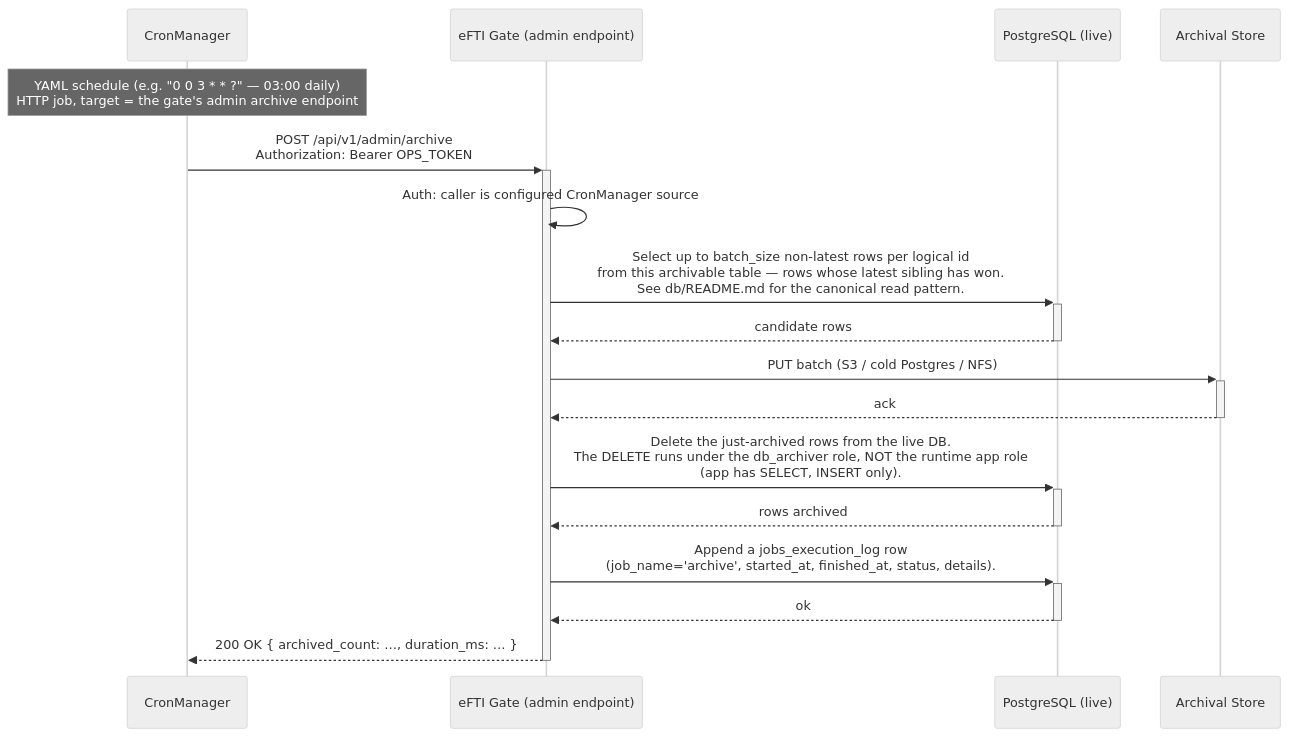
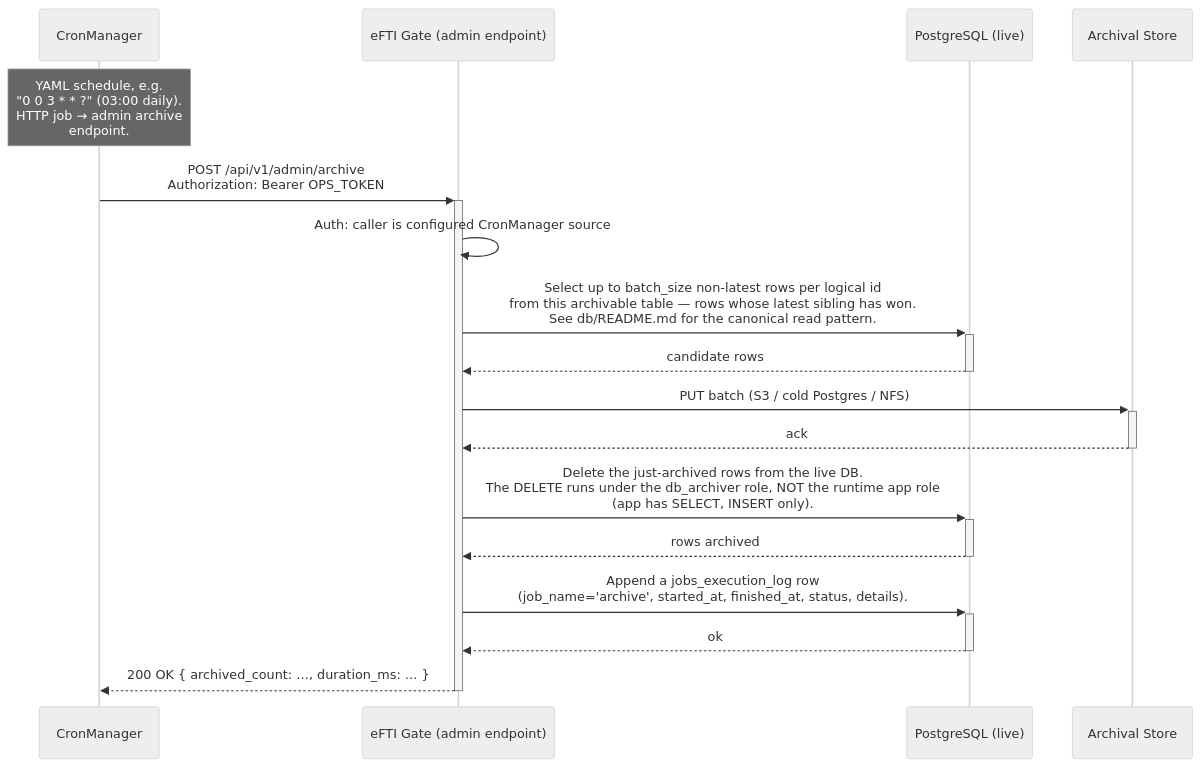
The diagram in docs/epics/epic_26_en.md (kemit-ee/efti-gate-ee), drawn with Mermaid (neutral theme) before and after one commit. The commit also changed 2 other files, not shown here.

Commit message:
docs(diagrams): tighten note lines in embedded markdown mermaid (≤ 25 chars)
Same fix as previous two commits, now applied to mermaid blocks embedded
in epic_23, epic_26, the architecture doc, and the EN/ET full-epics
bundles. PROMPT-07-Mermaid-Diagrams.md is intentionally skipped — it is
an internal planning prompt, not rendered docs. 122/122 mermaid blocks
still parse.

````diff
--- a/docs/epics/epic_26_en.md
+++ b/docs/epics/epic_26_en.md
@@ -31,20 +31,20 @@
 ```mermaid
 sequenceDiagram
     participant CM as CronManager
     participant Gate as eFTI Gate (admin endpoint)
     participant DB as PostgreSQL (live)
     participant Archive as Archival Store
 
-    Note over CM: YAML schedule (e.g. "0 0 3 * * ?" — 03:00 daily)<br/>HTTP job, target = the gate's admin archive endpoint
+    Note over CM: YAML schedule, e.g.<br/>"0 0 3 * * ?" (03:00 daily).<br/>HTTP job → admin archive<br/>endpoint.
     CM->>+Gate: POST /api/v1/admin/archive<br/>Authorization: Bearer OPS_TOKEN
     Gate->>Gate: Auth: caller is configured CronManager source
     Gate->>+DB: Select up to batch_size non-latest rows per logical id<br/>from this archivable table — rows whose latest sibling has won.<br/>See db/README.md for the canonical read pattern.
     DB-->>-Gate: candidate rows
     Gate->>+Archive: PUT batch (S3 / cold Postgres / NFS)
     Archive-->>-Gate: ack
     Gate->>+DB: Delete the just-archived rows from the live DB.<br/>The DELETE runs under the db_archiver role, NOT the runtime app role<br/>(app has SELECT, INSERT only).
     DB-->>-Gate: rows archived
     Gate->>+DB: Append a jobs_execution_log row<br/>(job_name='archive', started_at, finished_at, status, details).
     DB-->>-Gate: ok
     Gate-->>-CM: 200 OK { archived_count: …, duration_ms: … }
 ```
````
